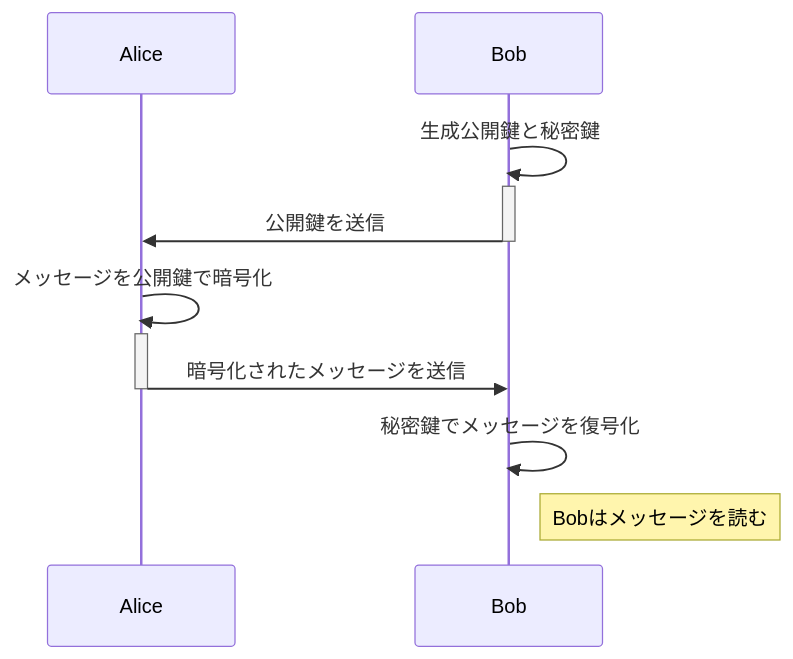
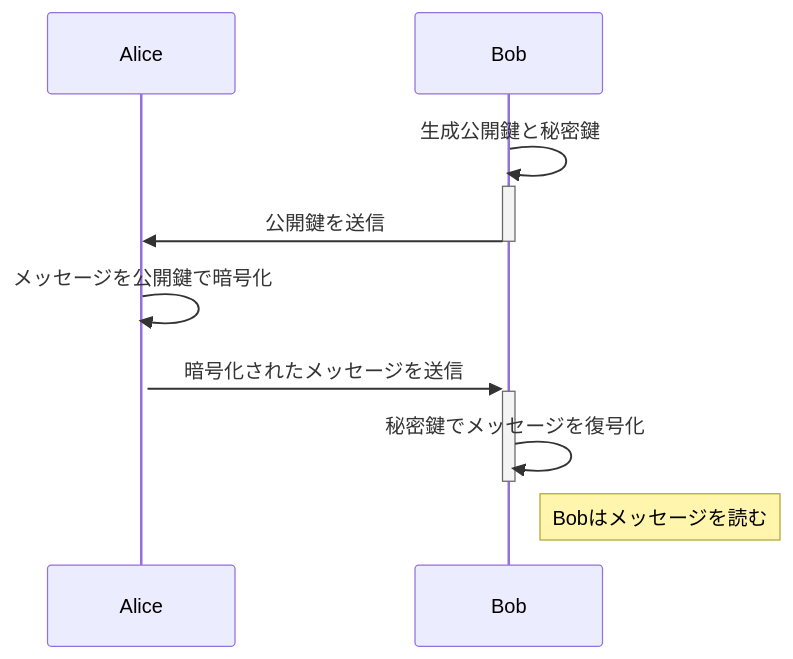
One commit to shuji-bonji/Notes-about-Digital-Signatures-and-Timestamps changed the first of 2 diagrams in PublicKeyCryptography.md. Above: the diagram before and after it, drawn with Mermaid. The commit also changed other lines of this file and 4 other files, not shown here.

````diff
--- a/PublicKeyCryptography.md
+++ b/PublicKeyCryptography.md
@@ -33,11 +42,11 @@
 ```mermaid
 sequenceDiagram
     participant Alice
     participant Bob
     Bob->>+Bob: 生成公開鍵と秘密鍵
     Bob->>-Alice: 公開鍵を送信
     Alice->>+Alice: メッセージを公開鍵で暗号化
-    Alice->>-Bob: 暗号化されたメッセージを送信
-    Bob->>+Bob: 秘密鍵でメッセージを復号化
+    Alice->>+Bob: 暗号化されたメッセージを送信
+    Bob->>-Bob: 秘密鍵でメッセージを復号化
     Note right of Bob: Bobはメッセージを読む
 ```
````
